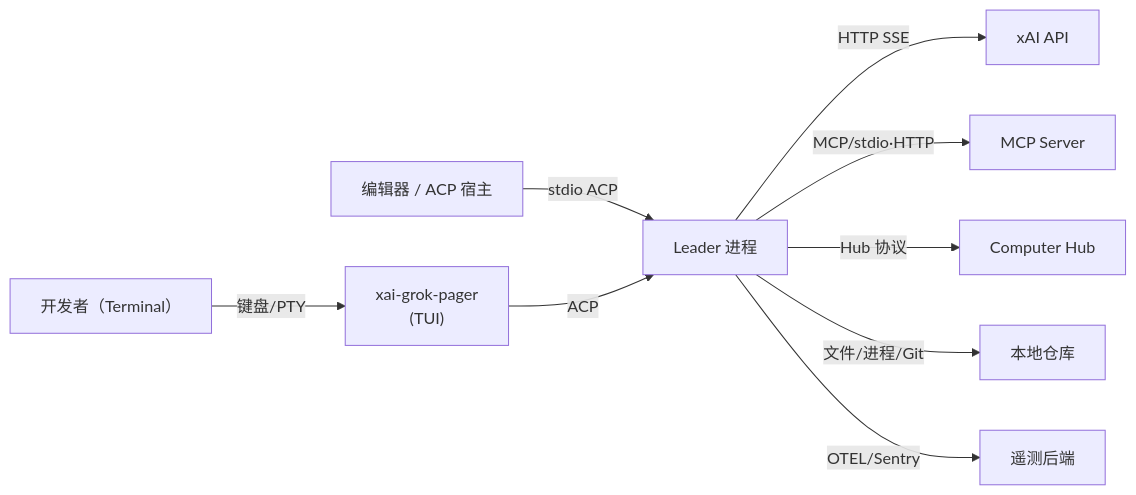
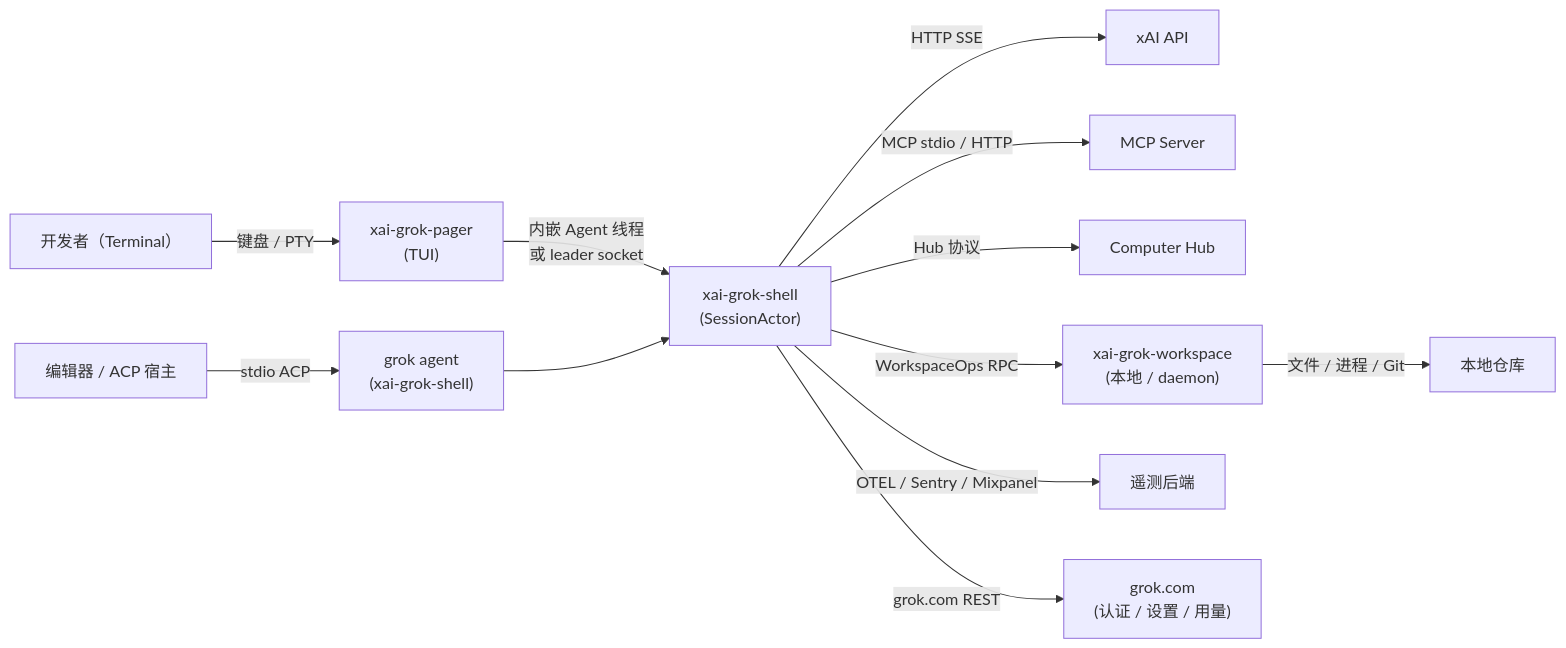
Before and after one commit to adrian9778/grok-build: the first of 3 diagrams in docs/adrian/sourceReader/01-简单框架-系统骨架.md, drawn with Mermaid. The commit also changed other lines of this file and 18 other files, not shown here.

````diff
--- a/docs/adrian/sourceReader/01-简单框架-系统骨架.md
+++ b/docs/adrian/sourceReader/01-简单框架-系统骨架.md
@@ -40,11 +40,14 @@
 ```mermaid
 flowchart LR
-    DEV["开发者（Terminal）"] -->|键盘/PTY| PAGER["xai-grok-pager\n(TUI)"]
-    EDITOR["编辑器 / ACP 宿主"] -->|stdio ACP| LEADER["Leader 进程"]
-    PAGER -->|ACP| LEADER
-    LEADER -->|HTTP SSE| XAI["xAI API"]
-    LEADER -->|MCP/stdio·HTTP| MCP["MCP Server"]
-    LEADER -->|Hub 协议| HUB["Computer Hub"]
-    LEADER -->|文件/进程/Git| REPO["本地仓库"]
-    LEADER -->|OTEL/Sentry| TELE["遥测后端"]
+    DEV["开发者（Terminal）"] -->|键盘 / PTY| PAGER["xai-grok-pager\n(TUI)"]
+    EDITOR["编辑器 / ACP 宿主"] -->|stdio ACP| AGENT["grok agent\n(xai-grok-shell)"]
+    PAGER -->|"内嵌 Agent 线程\n或 leader socket"| SHELL["xai-grok-shell\n(SessionActor)"]
+    AGENT --> SHELL
+    SHELL -->|"HTTP SSE"| XAI["xAI API"]
+    SHELL -->|"MCP stdio / HTTP"| MCP["MCP Server"]
+    SHELL -->|"Hub 协议"| HUB["Computer Hub"]
+    SHELL -->|"WorkspaceOps RPC"| WS["xai-grok-workspace\n(本地 / daemon)"]
+    WS -->|"文件 / 进程 / Git"| REPO["本地仓库"]
+    SHELL -->|"OTEL / Sentry / Mixpanel"| TELE["遥测后端"]
+    SHELL -->|"grok.com REST"| GROKCOM["grok.com\n(认证 / 设置 / 用量)"]
 ```
````
